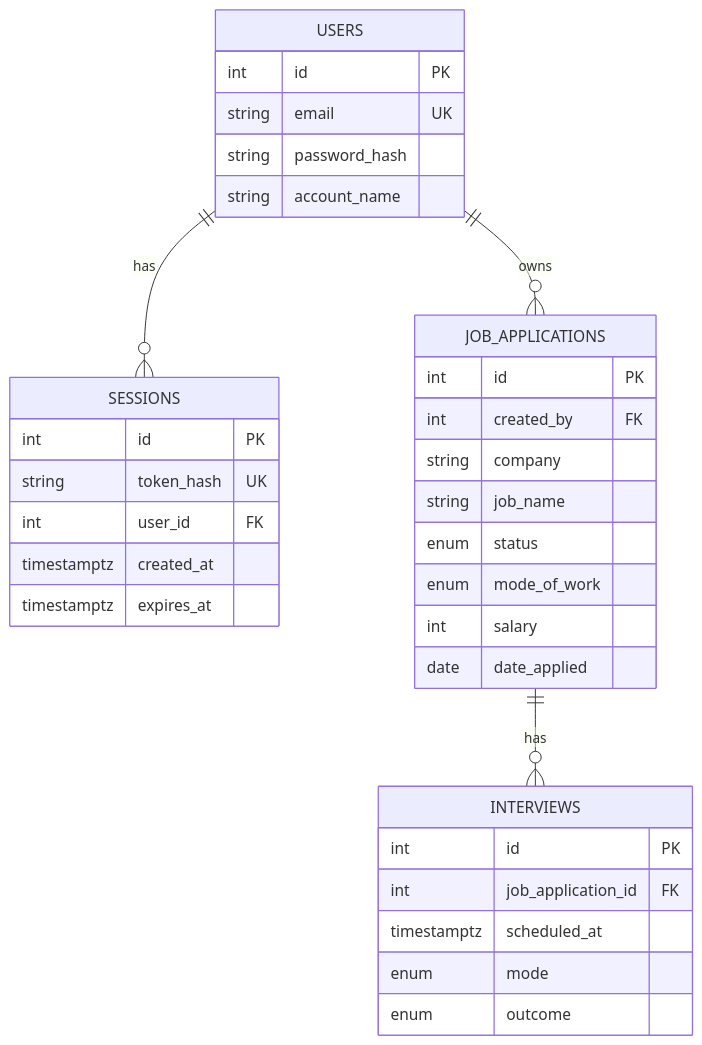
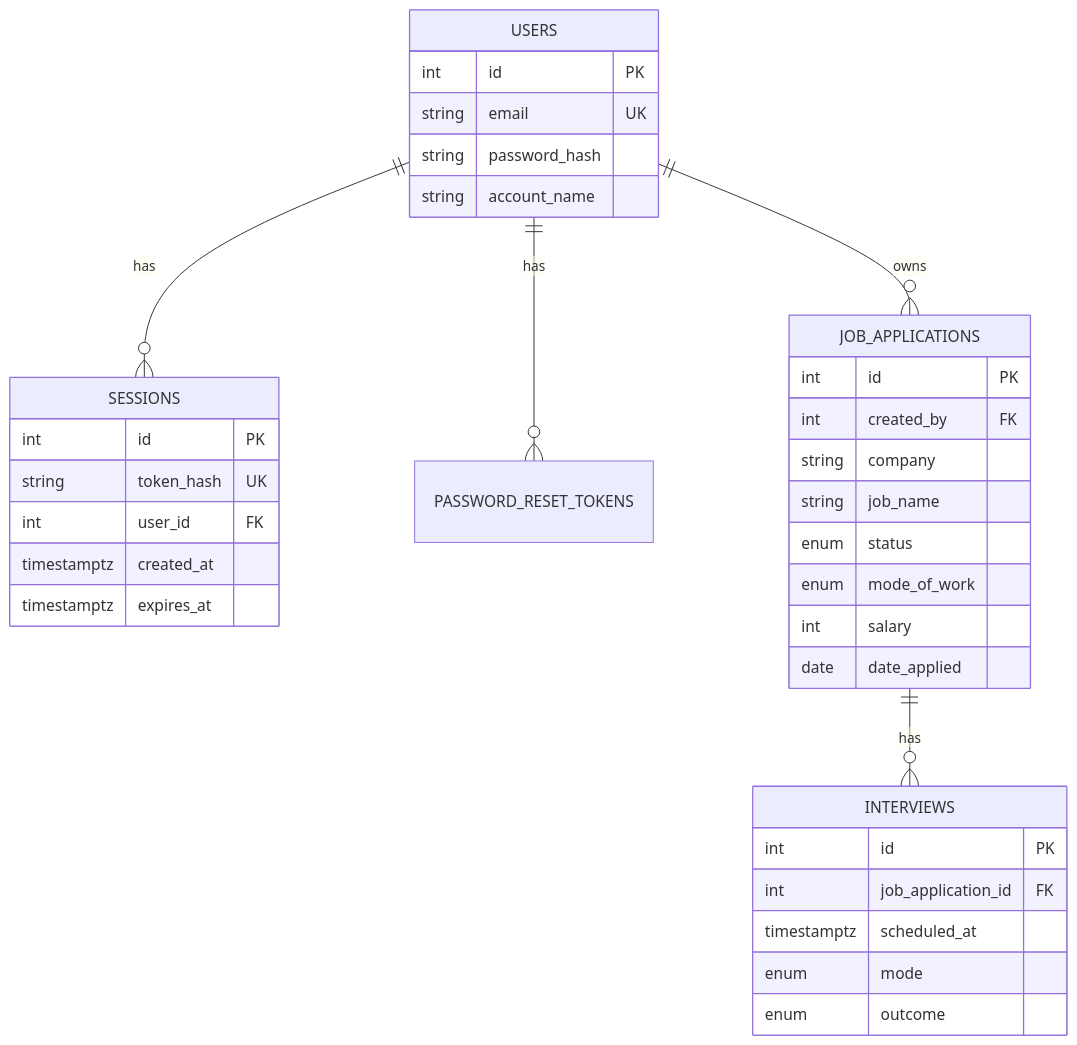
One commit to pcmnepomuceno/Talaan changed the diagram in docs/ARCHITECTURE.md. Above: the diagram before and after it, drawn with Mermaid. The commit also changed other lines of this file and 45 other files, not shown here.

First line of the commit message:
feature/admin password reset (#47)

````diff
--- a/docs/ARCHITECTURE.md
+++ b/docs/ARCHITECTURE.md
@@ -19,10 +19,11 @@
 ```mermaid
 erDiagram
     USERS ||--o{ SESSIONS : has
+    USERS ||--o{ PASSWORD_RESET_TOKENS : has
     USERS ||--o{ JOB_APPLICATIONS : owns
     JOB_APPLICATIONS ||--o{ INTERVIEWS : has
     USERS { int id PK string email UK string password_hash string account_name }
     SESSIONS { int id PK string token_hash UK int user_id FK timestamptz created_at timestamptz expires_at }
     JOB_APPLICATIONS { int id PK int created_by FK string company string job_name enum status enum mode_of_work int salary date date_applied }
     INTERVIEWS { int id PK int job_application_id FK timestamptz scheduled_at enum mode enum outcome }
 ```
````
